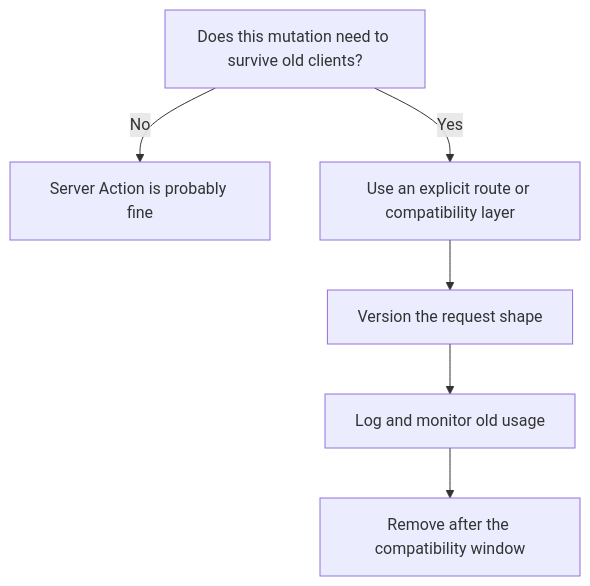
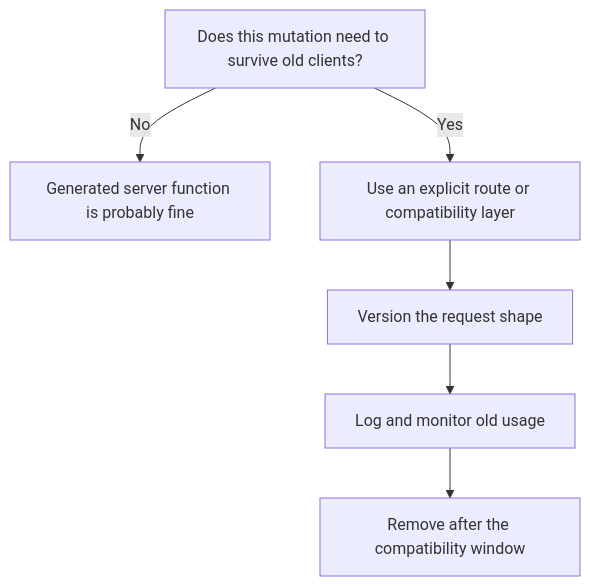
Before and after one commit to longlho/longlho.github.io: diagram 11 of 12 in posts/next-server-actions.md, drawn with Mermaid. The commit also changed other lines of this file and 1 other file, not shown here.

Commit message:
Generalize server actions post around RSC

````diff
--- a/posts/next-server-actions.md
+++ b/posts/next-server-actions.md
@@ -285,8 +288,8 @@
 ```mermaid
 flowchart TD
-  action["Does this mutation need to survive old clients?"] -->|No| serverAction["Server Action is probably fine"]
+  action["Does this mutation need to survive old clients?"] -->|No| serverFunction["Generated server function is probably fine"]
   action -->|Yes| boundary["Use an explicit route or compatibility layer"]
   boundary --> version["Version the request shape"]
   version --> observe["Log and monitor old usage"]
   observe --> remove["Remove after the compatibility window"]
 ```
````
